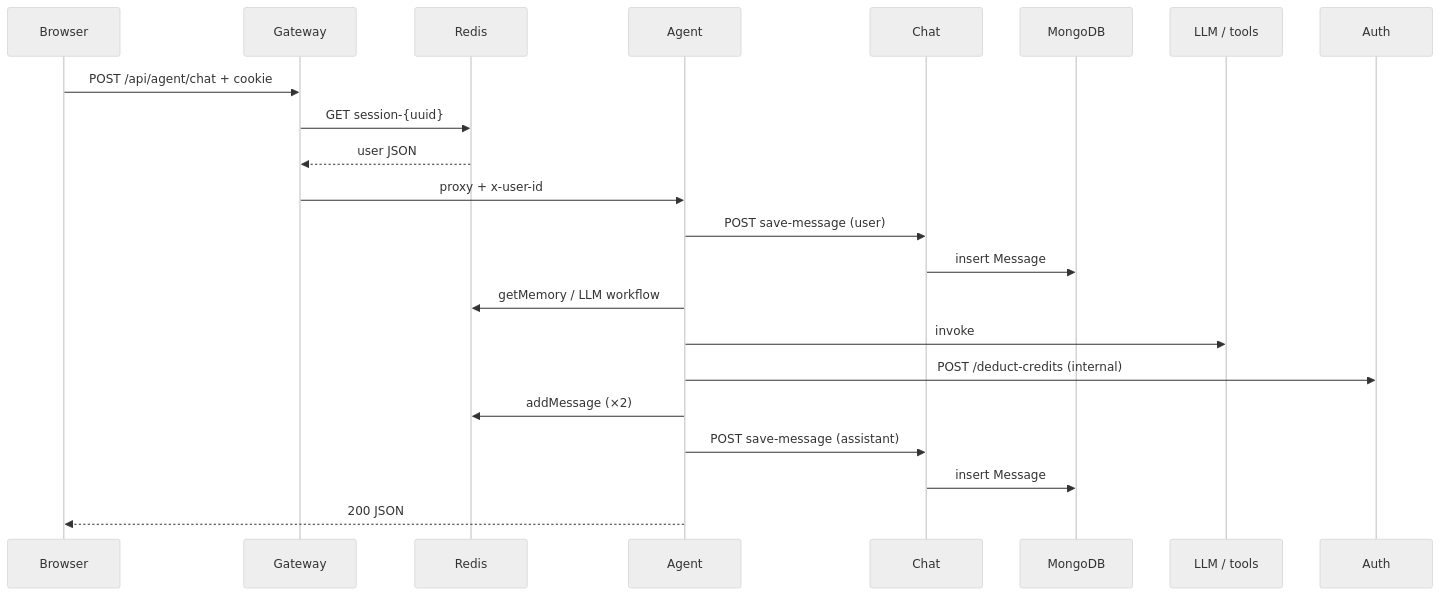
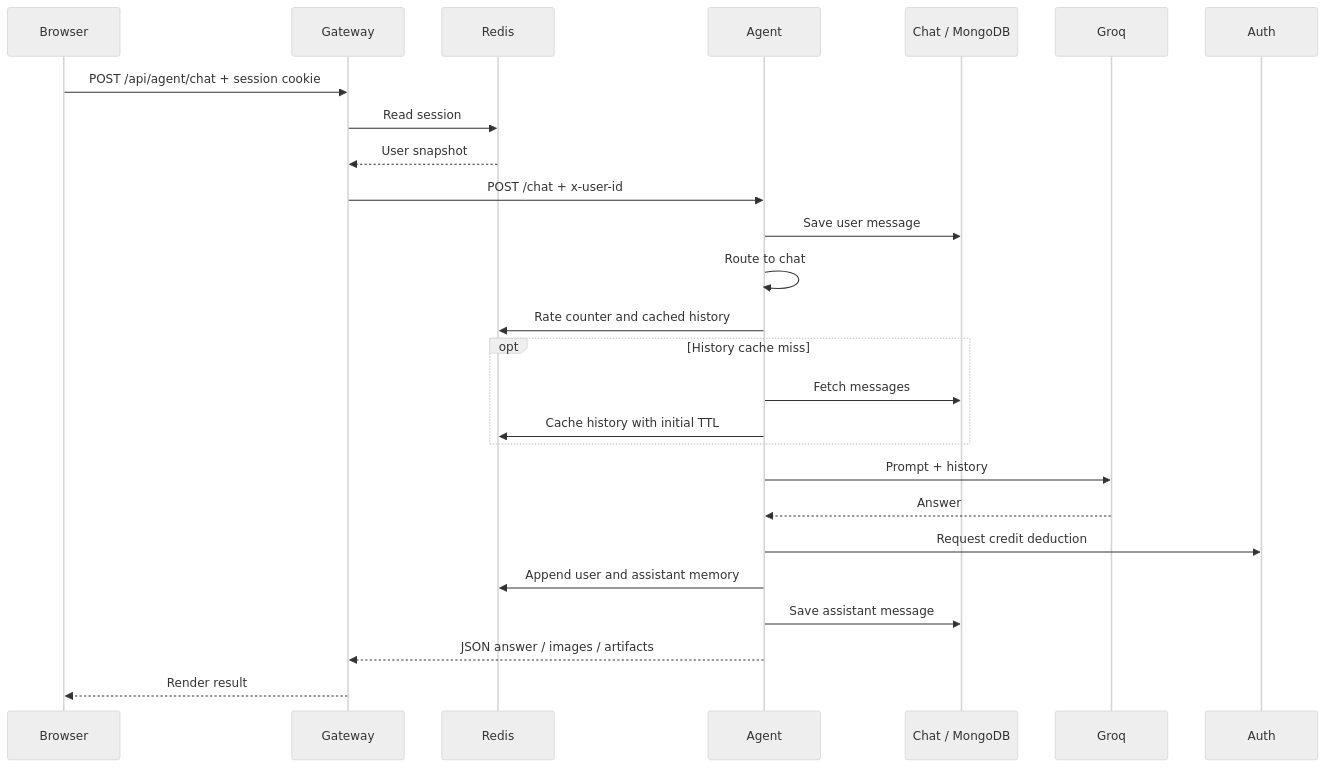
Before and after one commit to aamir490/Use-Case-24-NovaMind-AI-LangGraph-Multi-Agent-AWS-Platform: the second of 3 diagrams in Architecture.md, drawn with Mermaid (neutral theme). The commit also changed other lines of this file, not shown here.

Commit message:
Clarify architecture and correct implementation details

````diff
--- a/Architecture.md
+++ b/Architecture.md
@@ -209,24 +137,28 @@
 ```mermaid
 sequenceDiagram
-  participant B as Browser
+  participant U as Browser
   participant G as Gateway
   participant R as Redis
   participant AG as Agent
-  participant C as Chat
-  participant M as MongoDB
-  participant L as LLM / tools
+  participant C as Chat / MongoDB
+  participant L as Groq
   participant A as Auth
-  B->>G: POST /api/agent/chat + cookie
-  G->>R: GET session-{uuid}
-  R-->>G: user JSON
-  G->>AG: proxy + x-user-id
-  AG->>C: POST save-message (user)
-  C->>M: insert Message
-  AG->>R: getMemory / LLM workflow
-  AG->>L: invoke
-  AG->>A: POST /deduct-credits (internal)
-  AG->>R: addMessage (×2)
-  AG->>C: POST save-message (assistant)
-  C->>M: insert Message
-  AG-->>B: 200 JSON
+  U->>G: POST /api/agent/chat + session cookie
+  G->>R: Read session
+  R-->>G: User snapshot
+  G->>AG: POST /chat + x-user-id
+  AG->>C: Save user message
+  AG->>AG: Route to chat
+  AG->>R: Rate counter and cached history
+  opt History cache miss
+    AG->>C: Fetch messages
+    AG->>R: Cache history with initial TTL
+  end
+  AG->>L: Prompt + history
+  L-->>AG: Answer
+  AG->>A: Request credit deduction
+  AG->>R: Append user and assistant memory
+  AG->>C: Save assistant message
+  AG-->>G: JSON answer / images / artifacts
+  G-->>U: Render result
 ```
````
